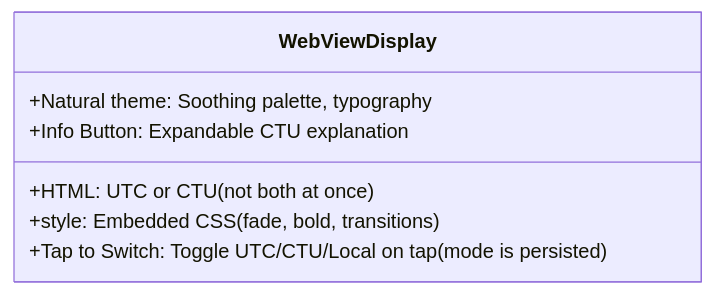
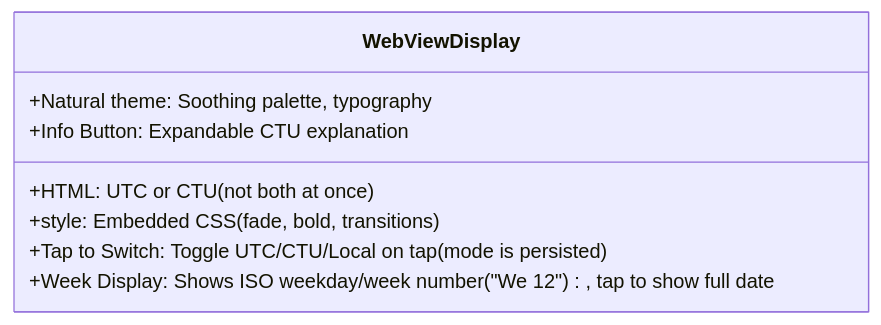
Before and after one commit to amogorkon/C-Tune-Clock: the first of 6 diagrams in docs/spec.md, drawn with Mermaid. The commit also changed other lines of this file, not shown here.

Commit message:
Revise spec.md for improved clarity and structure; enhance feature descriptions and onboarding flow details

````diff
--- a/docs/spec.md
+++ b/docs/spec.md
@@ -27,10 +33,11 @@
 ```mermaid
 classDiagram
 class WebViewDisplay {
   +HTML: UTC or CTU (not both at once)
   +style: Embedded CSS (fade, bold, transitions)
   +Natural theme: Soothing palette, typography
   +Info Button: Expandable CTU explanation
   +Tap to Switch: Toggle UTC/CTU/Local on tap (mode is persisted)
+  +Week Display: Shows ISO weekday/week number ("We 12"), tap to show full date
 }
 ```
````
